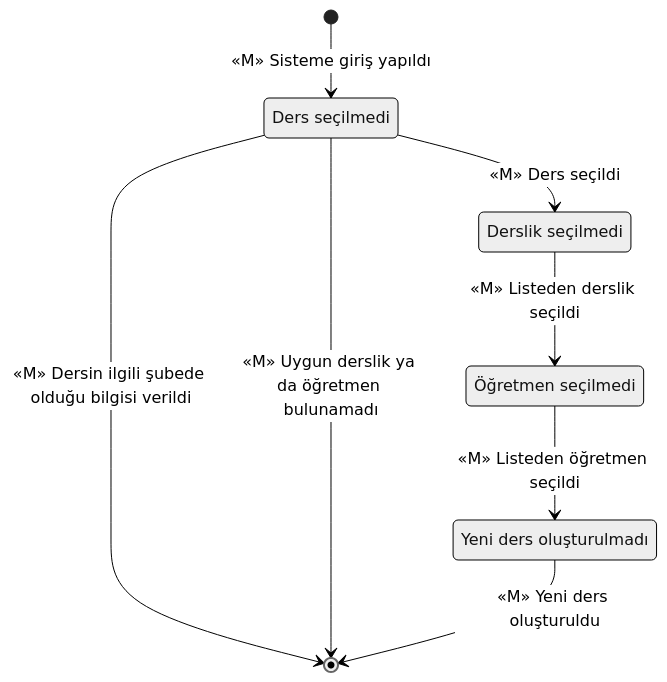
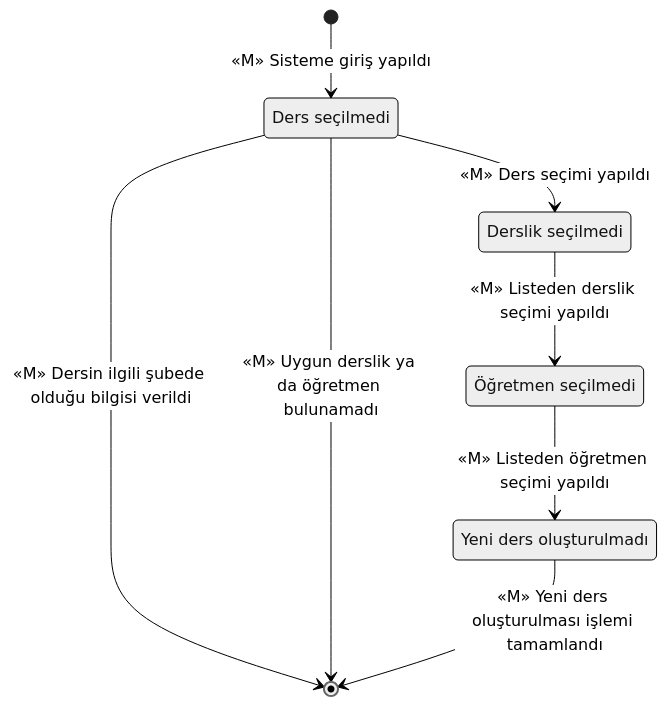
Before and after one commit to ondergormez/BLM3722_Software_Engineering: the diagram in Project/Module-3/01-StateDiagram/add_new_course.md, drawn with Mermaid (neutral theme). The commit also changed 16 other files, not shown here.

````diff
--- a/Project/Module-3/01-StateDiagram/add_new_course.md
+++ b/Project/Module-3/01-StateDiagram/add_new_course.md
@@ -1,14 +1,14 @@
 ```mermaid
 stateDiagram-v2
     State1: Ders seçilmedi
     [*] --> State1: &laquoM&raquo Sisteme giriş yapıldı
-    State1 --> State2: &laquoM&raquo Ders seçildi 
+    State1 --> State2: &laquoM&raquo Ders seçimi yapıldı 
     State1 --> [*]: &laquoM&raquo Dersin ilgili şubede olduğu bilgisi verildi
     State2: Derslik seçilmedi
-    State2 --> State3: &laquoM&raquo Listeden derslik seçildi
+    State2 --> State3: &laquoM&raquo Listeden derslik seçimi yapıldı
     State1 --> [*]: &laquoM&raquo Uygun derslik ya da öğretmen bulunamadı
     State3: Öğretmen seçilmedi
     State5: Yeni ders oluşturulmadı
-    State3 --> State5:  &laquoM&raquo Listeden öğretmen seçildi
-    State5 --> [*]: &laquoM&raquo Yeni ders oluşturuldu
+    State3 --> State5:  &laquoM&raquo Listeden öğretmen seçimi yapıldı
+    State5 --> [*]: &laquoM&raquo Yeni ders oluşturulması işlemi tamamlandı
 ```
````
